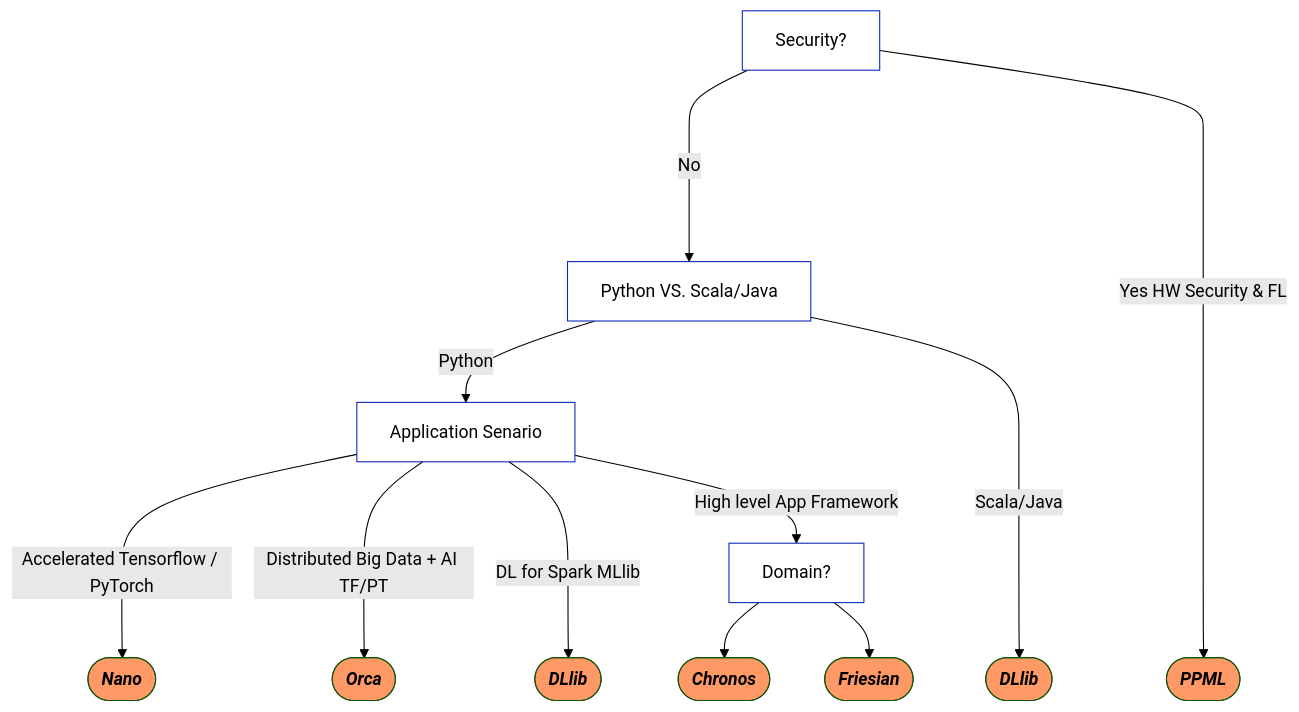
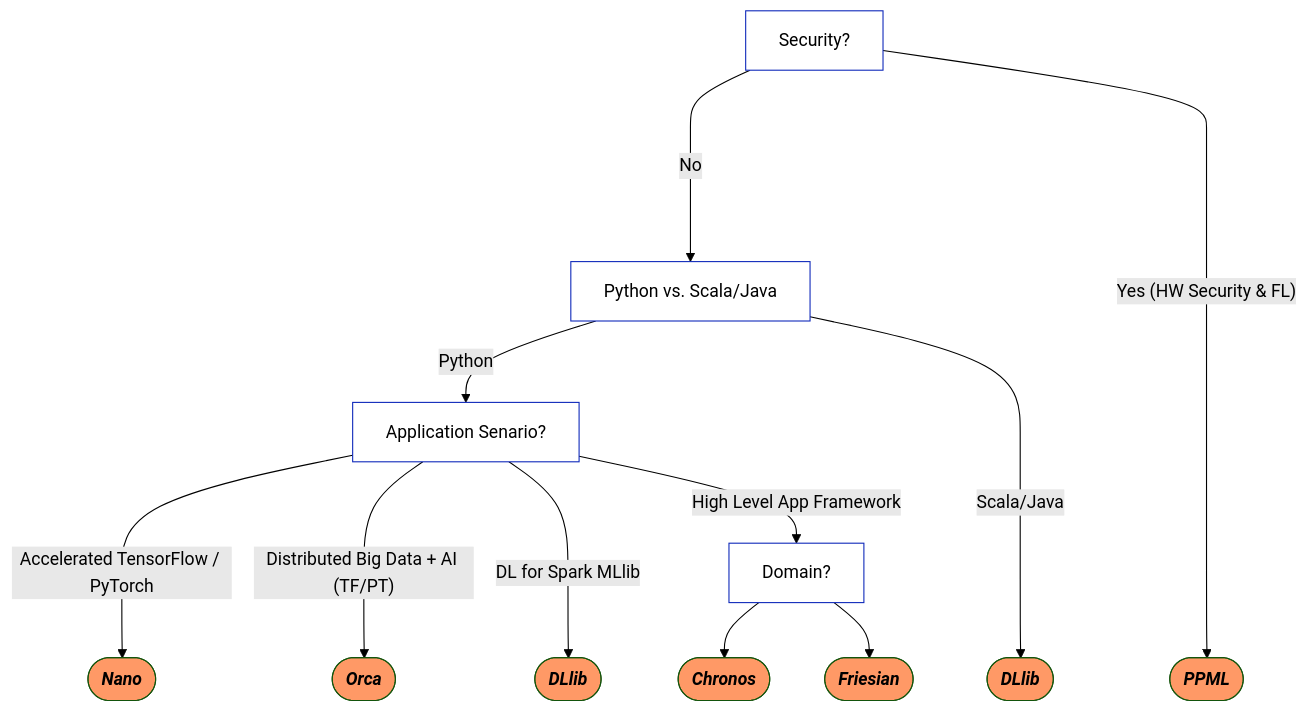
The first of 2 diagrams in README.md (AndyLuo1029/BigDL), drawn with Mermaid (forest theme) before and after one commit. The commit also changed other lines of this file, not shown here.

Commit message:
Update README: Change the style of flowchart.

````diff
--- a/README.md
+++ b/README.md
@@ -47,31 +47,29 @@
 ```mermaid
 flowchart TD;
     Feature1[Security?];
-    Feature1-- No ---->Feature2[Python VS. Scala/Java];
-    Feature1-- Yes HW Security & FL  ------->ReferPPML([<em><strong>PPML</strong></em>]);
-    Feature2-- Python -->Feature3[Application Senario];
+    Feature1-- No ---->Feature2[Python vs. Scala/Java];
+    Feature1-- "Yes (HW Security & FL)"  ------->ReferPPML([<em><strong>PPML</strong></em>]);
+    Feature2-- Python -->Feature3[Application Senario?];
     Feature2-- Scala/Java ---->ReferDLlib([<em><strong>DLlib</strong></em>]);
-    Feature3-- Accelerated Tensorflow / PyTorch --->ReferNano([<em><strong>Nano</strong></em>]);
-    Feature3-- Distributed Big Data + AI TF/PT --->ReferOrca([<em><strong>Orca</strong></em>]);
+    Feature3-- Accelerated TensorFlow / PyTorch --->ReferNano([<em><strong>Nano</strong></em>]);
+    Feature3-- "Distributed Big Data + AI (TF/PT)" --->ReferOrca([<em><strong>Orca</strong></em>]);
     Feature3-- DL for Spark MLlib --->ReferDLlib2([<em><strong>DLlib</strong></em>]);
-    Feature3-- High level App Framework -->Feature4[Domain?];
+    Feature3-- High Level App Framework -->Feature4[Domain?];
     Feature4-->ReferChronos([<em><strong>Chronos</strong></em>]);
     Feature4-->ReferFriesian([<em><strong>Friesian</strong></em>]);
     
     click ReferNano "https://bigdl.readthedocs.io/en/latest/doc/Nano/Overview/nano.html" "Refer to Nano" _parent
     click ReferOrca "https://bigdl.readthedocs.io/en/latest/doc/Orca/Overview/orca.html"
     click ReferDLlib "https://bigdl.readthedocs.io/en/latest/doc/DLlib/Overview/dllib.html"
     click ReferDLlib2 "https://bigdl.readthedocs.io/en/latest/doc/DLlib/Overview/dllib.html"
     click ReferChronos "https://bigdl.readthedocs.io/en/latest/doc/Chronos/Overview/chronos.html"
     click ReferFriesian "https://bigdl.readthedocs.io/en/latest/doc/Chronos/Overview/chronos.html"
     click ReferPPML "https://bigdl.readthedocs.io/en/latest/doc/PPML/Overview/ppml.html"
-    click ReferContact "mailto:jason.dai@intel.com"
     
     classDef ReferStyle1 fill:#f96;
     classDef ReferStyle2 fill:#FF1;
     classDef Feature fill:#FFF,stroke:#0f29ba,stroke-width:1px;
     class ReferNano,ReferOrca,ReferDLlib,ReferDLlib2,ReferChronos,ReferFriesian,ReferPPML ReferStyle1;
-    class ReferContact, ReferStyle2
     class Feature1,Feature2,Feature3,Feature4,Feature5,Feature6,Feature7 Feature;
     
 ```
````
